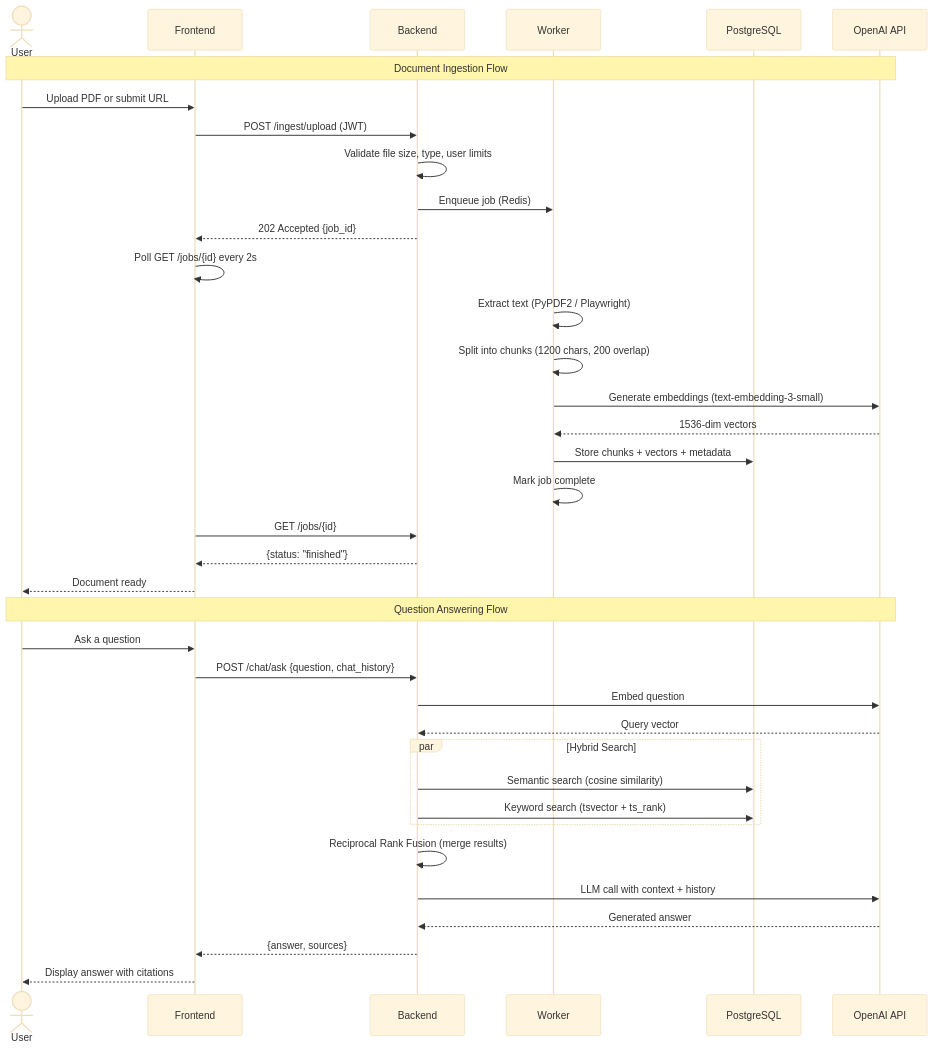
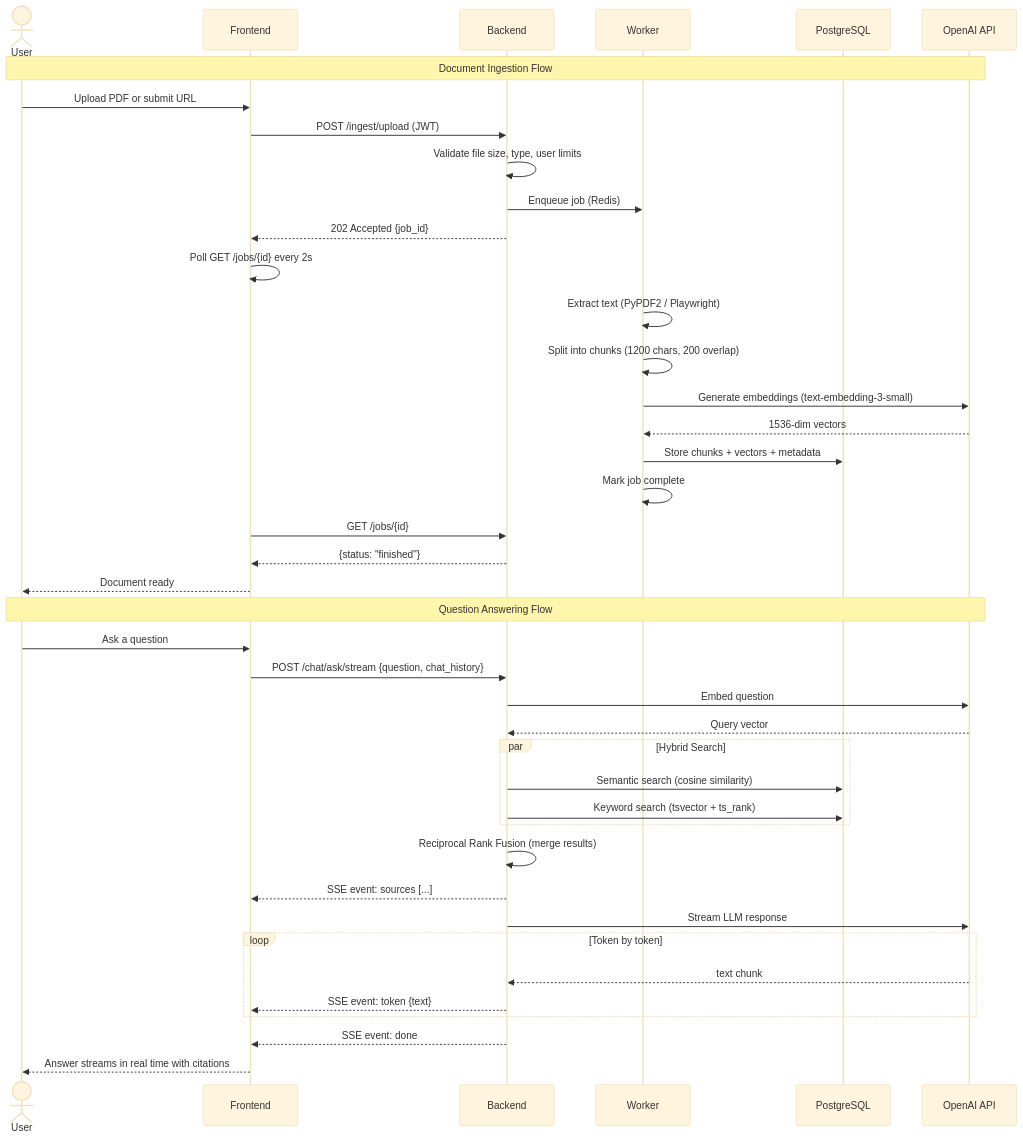
The second of 2 diagrams in README.md (DevPedroGomes/RAG-Crawler), drawn with Mermaid (base theme) before and after one commit. The commit also changed other lines of this file and 13 other files, not shown here.

````diff
--- a/README.md
+++ b/README.md
@@ -106,47 +109,51 @@
 ```mermaid
 sequenceDiagram
     actor User
     participant FE as Frontend
     participant BE as Backend
     participant RQ as Worker
     participant PG as PostgreSQL
     participant AI as OpenAI API
 
     Note over User,AI: Document Ingestion Flow
 
     User->>FE: Upload PDF or submit URL
     FE->>BE: POST /ingest/upload (JWT)
     BE->>BE: Validate file size, type, user limits
     BE->>RQ: Enqueue job (Redis)
     BE-->>FE: 202 Accepted {job_id}
     FE->>FE: Poll GET /jobs/{id} every 2s
 
     RQ->>RQ: Extract text (PyPDF2 / Playwright)
     RQ->>RQ: Split into chunks (1200 chars, 200 overlap)
     RQ->>AI: Generate embeddings (text-embedding-3-small)
     AI-->>RQ: 1536-dim vectors
     RQ->>PG: Store chunks + vectors + metadata
     RQ->>RQ: Mark job complete
 
     FE->>BE: GET /jobs/{id}
     BE-->>FE: {status: "finished"}
     FE-->>User: Document ready
 
     Note over User,AI: Question Answering Flow
 
     User->>FE: Ask a question
-    FE->>BE: POST /chat/ask {question, chat_history}
+    FE->>BE: POST /chat/ask/stream {question, chat_history}
     BE->>AI: Embed question
     AI-->>BE: Query vector
 
     par Hybrid Search
         BE->>PG: Semantic search (cosine similarity)
         BE->>PG: Keyword search (tsvector + ts_rank)
     end
 
     BE->>BE: Reciprocal Rank Fusion (merge results)
-    BE->>AI: LLM call with context + history
-    AI-->>BE: Generated answer
-    BE-->>FE: {answer, sources}
-    FE-->>User: Display answer with citations
+    BE-->>FE: SSE event: sources [...]
+    BE->>AI: Stream LLM response
+    loop Token by token
+        AI-->>BE: text chunk
+        BE-->>FE: SSE event: token {text}
+    end
+    BE-->>FE: SSE event: done
+    FE-->>User: Answer streams in real time with citations
 ```
````
